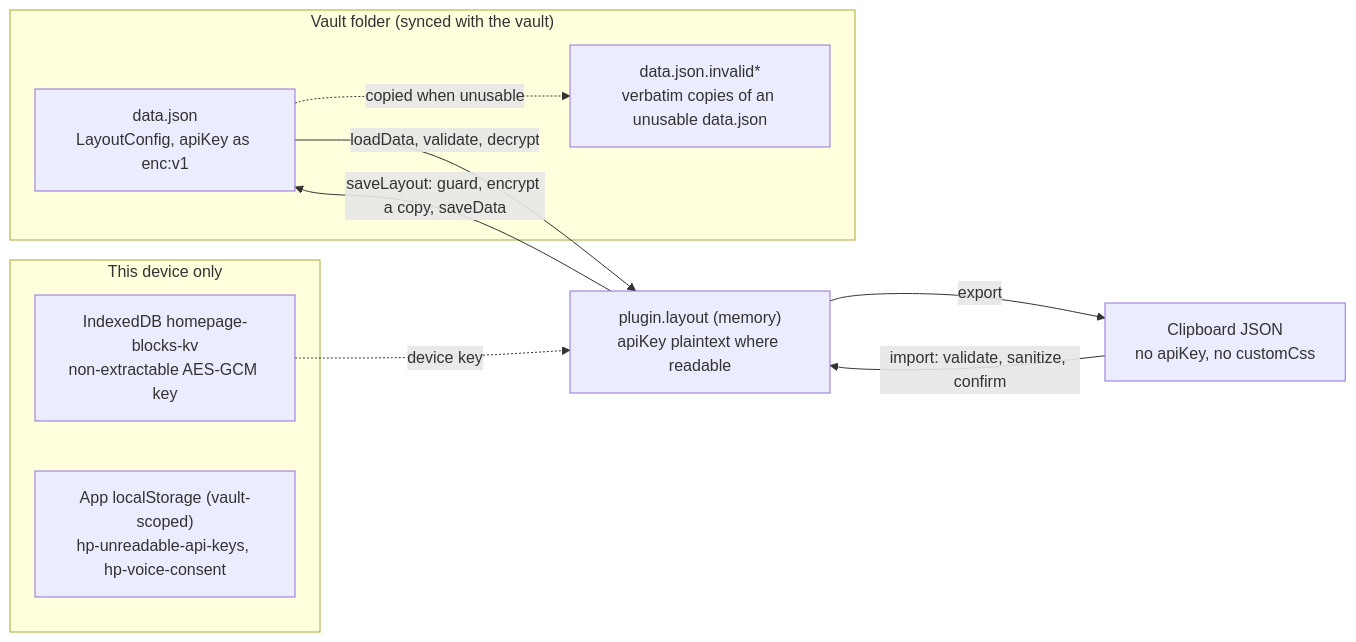
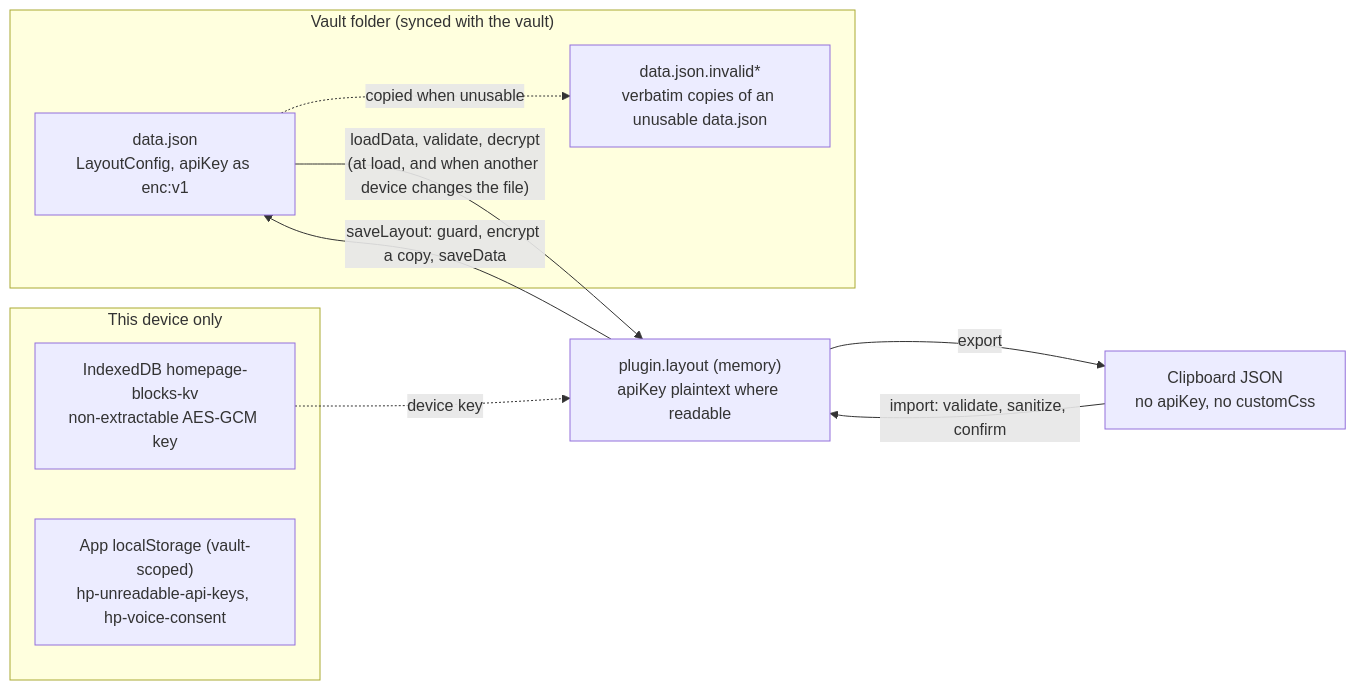
The first of 4 diagrams in docs/data-model.md (acaprino/obsidian-plugin-homepage), drawn with Mermaid before and after one commit. The commit also changed other lines of this file and 10 other files, not shown here.

````diff
--- a/docs/data-model.md
+++ b/docs/data-model.md
@@ -17,19 +17,19 @@
 ```mermaid
 flowchart LR
   subgraph vault["Vault folder (synced with the vault)"]
     DJ["data.json<br/>LayoutConfig, apiKey as enc:v1"]
     BK["data.json.invalid*<br/>verbatim copies of an unusable data.json"]
   end
   subgraph device["This device only"]
     IDB["IndexedDB homepage-blocks-kv<br/>non-extractable AES-GCM key"]
     LS["App localStorage (vault-scoped)<br/>hp-unreadable-api-keys, hp-voice-consent"]
   end
   MEM["plugin.layout (memory)<br/>apiKey plaintext where readable"]
   CB["Clipboard JSON<br/>no apiKey, no customCss"]
-  DJ -->|"loadData, validate, decrypt"| MEM
+  DJ -->|"loadData, validate, decrypt<br/>(at load, and when another device changes the file)"| MEM
   MEM -->|"saveLayout: guard, encrypt a copy, saveData"| DJ
   DJ -.->|"copied when unusable"| BK
   IDB -.->|"device key"| MEM
   MEM -->|"export"| CB
   CB -->|"import: validate, sanitize, confirm"| MEM
 ```
````
